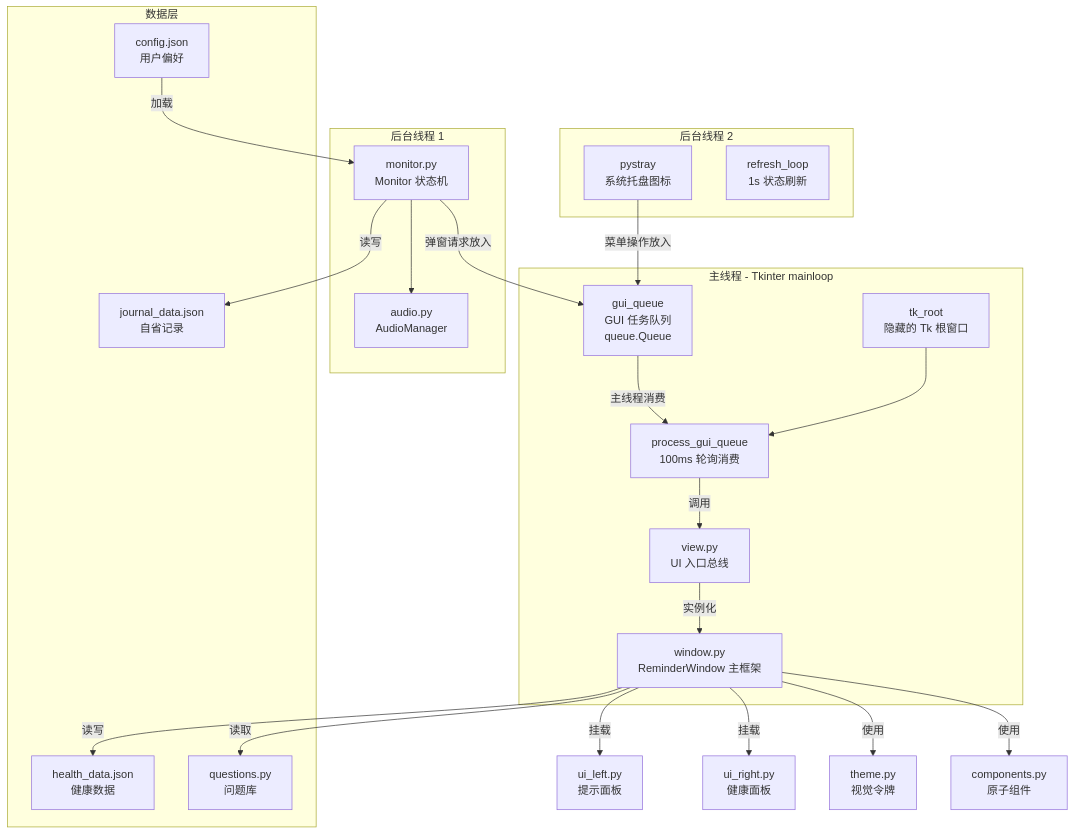
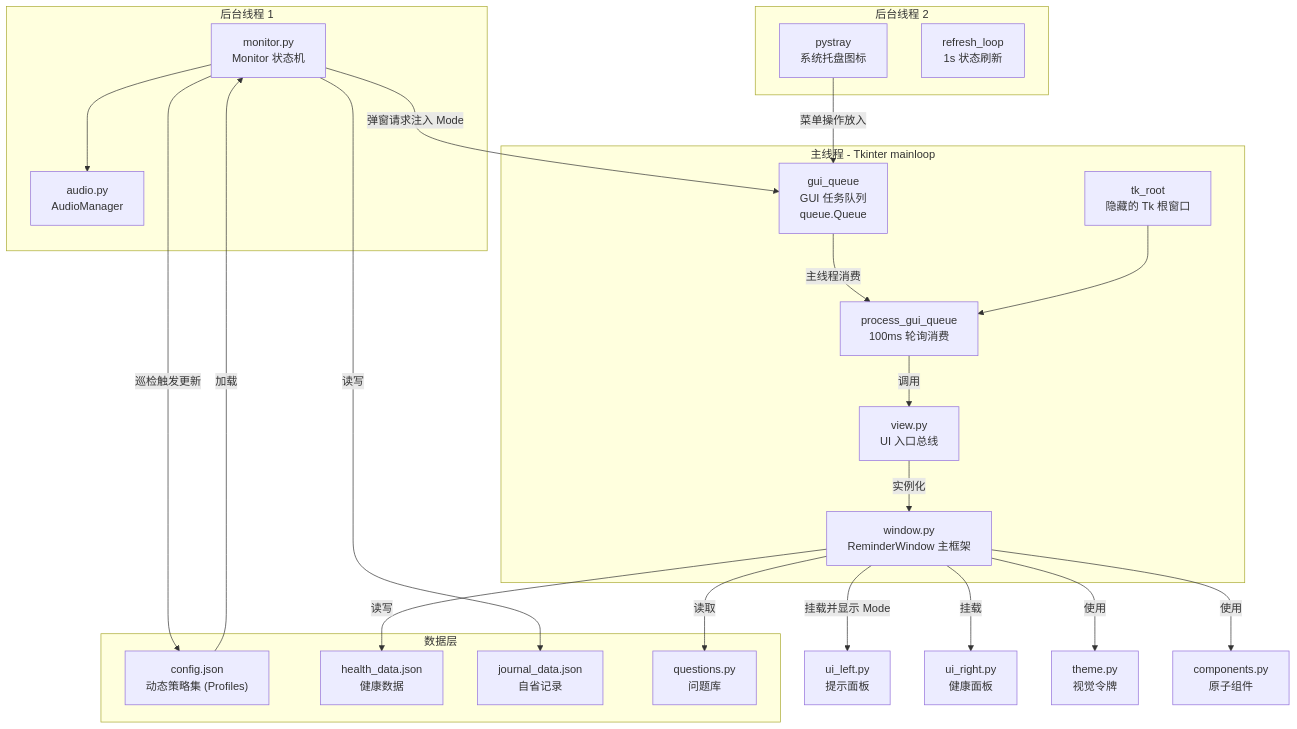
One commit to YellowDragonLive/work_health changed the diagram in ARCHITECTURE.md. Above: the diagram before and after it, drawn with Mermaid. The commit also changed other lines of this file and 6 other files, not shown here.

````diff
--- a/ARCHITECTURE.md
+++ b/ARCHITECTURE.md
@@ -26,43 +26,44 @@
 ```mermaid
 graph TB
     subgraph "主线程 - Tkinter mainloop"
         TK_ROOT["tk_root<br>隐藏的 Tk 根窗口"]
         GUI_QUEUE["gui_queue<br>GUI 任务队列<br>queue.Queue"]
         PROCESS_LOOP["process_gui_queue<br>100ms 轮询消费"]
         VIEW["view.py<br>UI 入口总线"]
         WINDOW["window.py<br>ReminderWindow 主框架"]
     end
     
     subgraph "后台线程 1"
         MONITOR["monitor.py<br>Monitor 状态机"]
         AUDIO["audio.py<br>AudioManager"]
     end
     
     subgraph "后台线程 2"
         TRAY["pystray<br>系统托盘图标"]
         REFRESH["refresh_loop<br>1s 状态刷新"]
     end
     
     subgraph "数据层"
-        CONFIG["config.json<br>用户偏好"]
+        CONFIG["config.json<br>动态策略集 (Profiles)"]
         HEALTH["health_data.json<br>健康数据"]
         JOURNAL["journal_data.json<br>自省记录"]
         QUESTIONS["questions.py<br>问题库"]
     end
 
     TRAY -->|菜单操作放入| GUI_QUEUE
-    MONITOR -->|弹窗请求放入| GUI_QUEUE
+    MONITOR -->|巡检触发更新| CONFIG
+    MONITOR -->|弹窗请求注入 Mode| GUI_QUEUE
     GUI_QUEUE -->|主线程消费| PROCESS_LOOP
     PROCESS_LOOP -->|调用| VIEW
     VIEW -->|实例化| WINDOW
-    WINDOW -->|挂载| UI_LEFT["ui_left.py<br>提示面板"]
+    WINDOW -->|挂载并显示 Mode| UI_LEFT["ui_left.py<br>提示面板"]
     WINDOW -->|挂载| UI_RIGHT["ui_right.py<br>健康面板"]
     WINDOW -->|使用| THEME["theme.py<br>视觉令牌"]
     WINDOW -->|使用| COMPONENTS["components.py<br>原子组件"]
     MONITOR --> AUDIO
     MONITOR -->|读写| JOURNAL
     WINDOW -->|读写| HEALTH
     WINDOW -->|读取| QUESTIONS
     CONFIG -->|加载| MONITOR
     TK_ROOT --> PROCESS_LOOP
 ```
````
